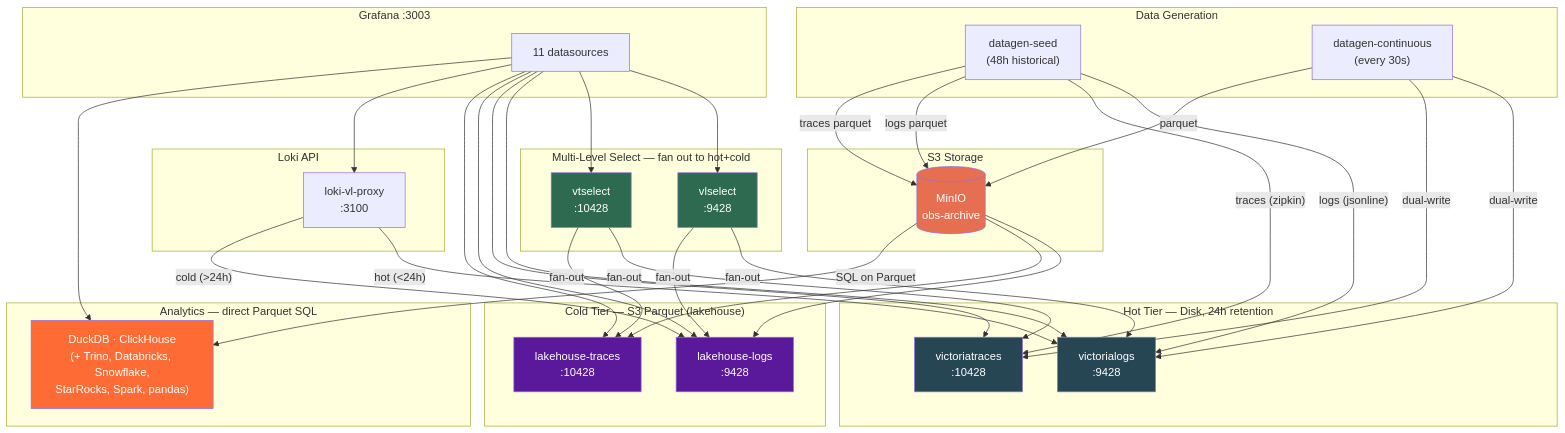
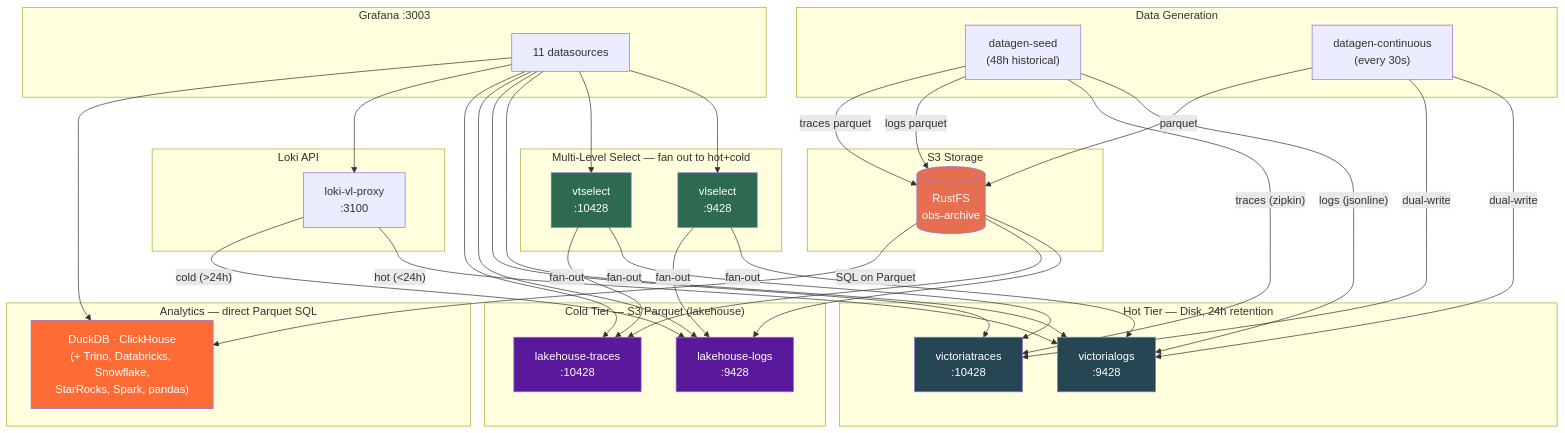
One commit to ReliablyObserve/victoria-lakehouse changed the diagram in docs/docker-compose-setup.md. Above: the diagram before and after it, drawn with Mermaid. The commit also changed other lines of this file and 7 other files, not shown here.

````diff
--- a/docs/docker-compose-setup.md
+++ b/docs/docker-compose-setup.md
@@ -12,76 +12,76 @@
 ```mermaid
 graph TB
     subgraph "Data Generation"
         DS["datagen-seed<br/>(48h historical)"]
         DC["datagen-continuous<br/>(every 30s)"]
     end
 
     subgraph "S3 Storage"
-        MINIO[("MinIO<br/>obs-archive")]
+        S3[("RustFS<br/>obs-archive")]
     end
 
     subgraph "Hot Tier — Disk, 24h retention"
         VL["victorialogs<br/>:9428"]
         VT["victoriatraces<br/>:10428"]
     end
 
     subgraph "Cold Tier — S3 Parquet (lakehouse)"
         LHL["lakehouse-logs<br/>:9428"]
         LHT["lakehouse-traces<br/>:10428"]
     end
 
     subgraph "Multi-Level Select — fan out to hot+cold"
         VLS["vlselect<br/>:9428"]
         VTS["vtselect<br/>:10428"]
     end
 
     subgraph "Loki API"
         LVP["loki-vl-proxy<br/>:3100"]
     end
 
     subgraph "Analytics — direct Parquet SQL"
         DDB["DuckDB · ClickHouse<br/>(+ Trino, Databricks, Snowflake,<br/>StarRocks, Spark, pandas)"]
     end
 
     subgraph "Grafana :3003"
         G["11 datasources"]
     end
 
     DS -->|"logs (jsonline)"| VL
     DS -->|"traces (zipkin)"| VT
-    DS -->|"logs parquet"| MINIO
-    DS -->|"traces parquet"| MINIO
+    DS -->|"logs parquet"| S3
+    DS -->|"traces parquet"| S3
     DC -->|"dual-write"| VL
     DC -->|"dual-write"| VT
-    DC -->|"parquet"| MINIO
+    DC -->|"parquet"| S3
 
-    MINIO --> LHL
-    MINIO --> LHT
-    MINIO -->|"SQL on Parquet"| DDB
+    S3 --> LHL
+    S3 --> LHT
+    S3 -->|"SQL on Parquet"| DDB
 
     VLS -->|"fan-out"| VL
     VLS -->|"fan-out"| LHL
     VTS -->|"fan-out"| VT
     VTS -->|"fan-out"| LHT
 
     LVP -->|"hot (<24h)"| VL
     LVP -->|"cold (>24h)"| LHL
 
     G --> VLS
     G --> VTS
     G --> VL
     G --> VT
     G --> LHL
     G --> LHT
     G --> LVP
     G --> DDB
 
     style VL fill:#264653,color:#fff
     style VT fill:#264653,color:#fff
     style LHL fill:#5a189a,color:#fff
     style LHT fill:#5a189a,color:#fff
     style VLS fill:#2d6a4f,color:#fff
     style VTS fill:#2d6a4f,color:#fff
-    style MINIO fill:#e76f51,color:#fff
+    style S3 fill:#e76f51,color:#fff
     style DDB fill:#ff6b35,color:#fff
 ```
````
